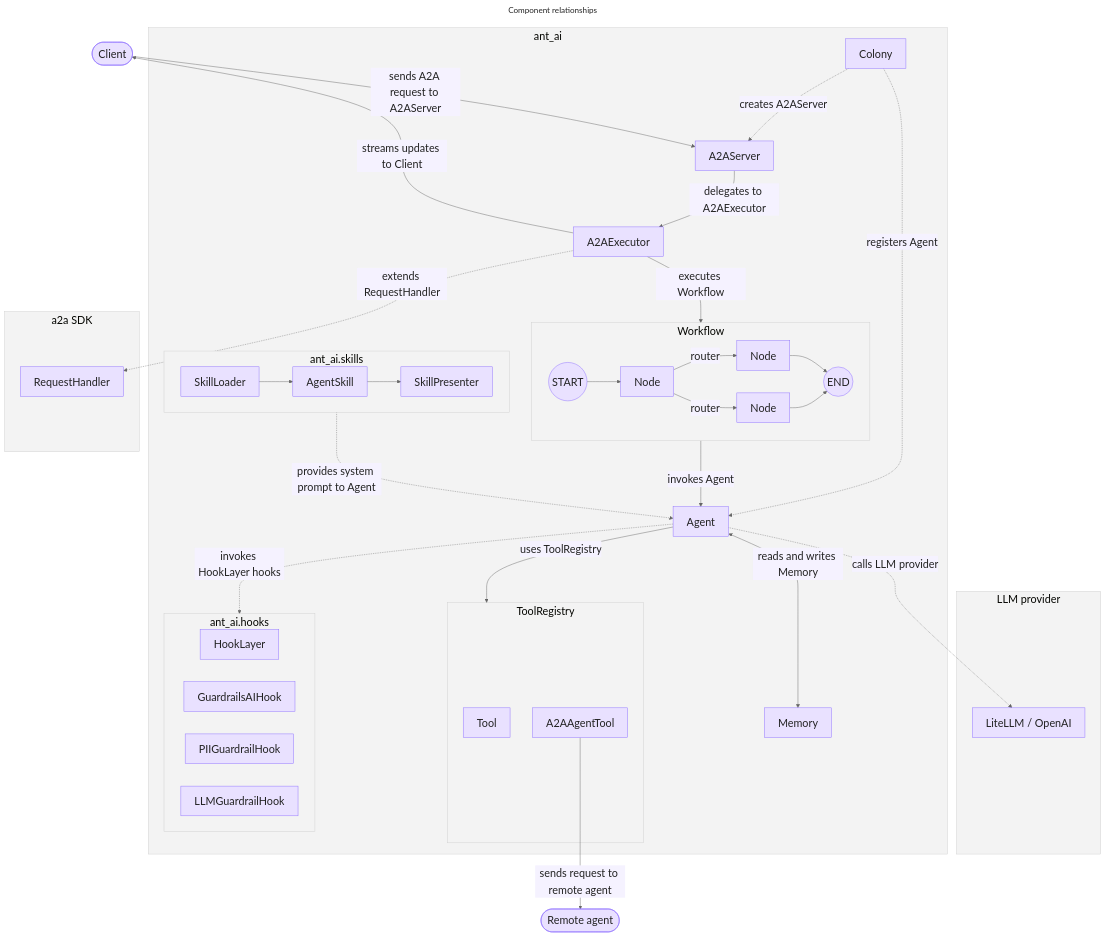
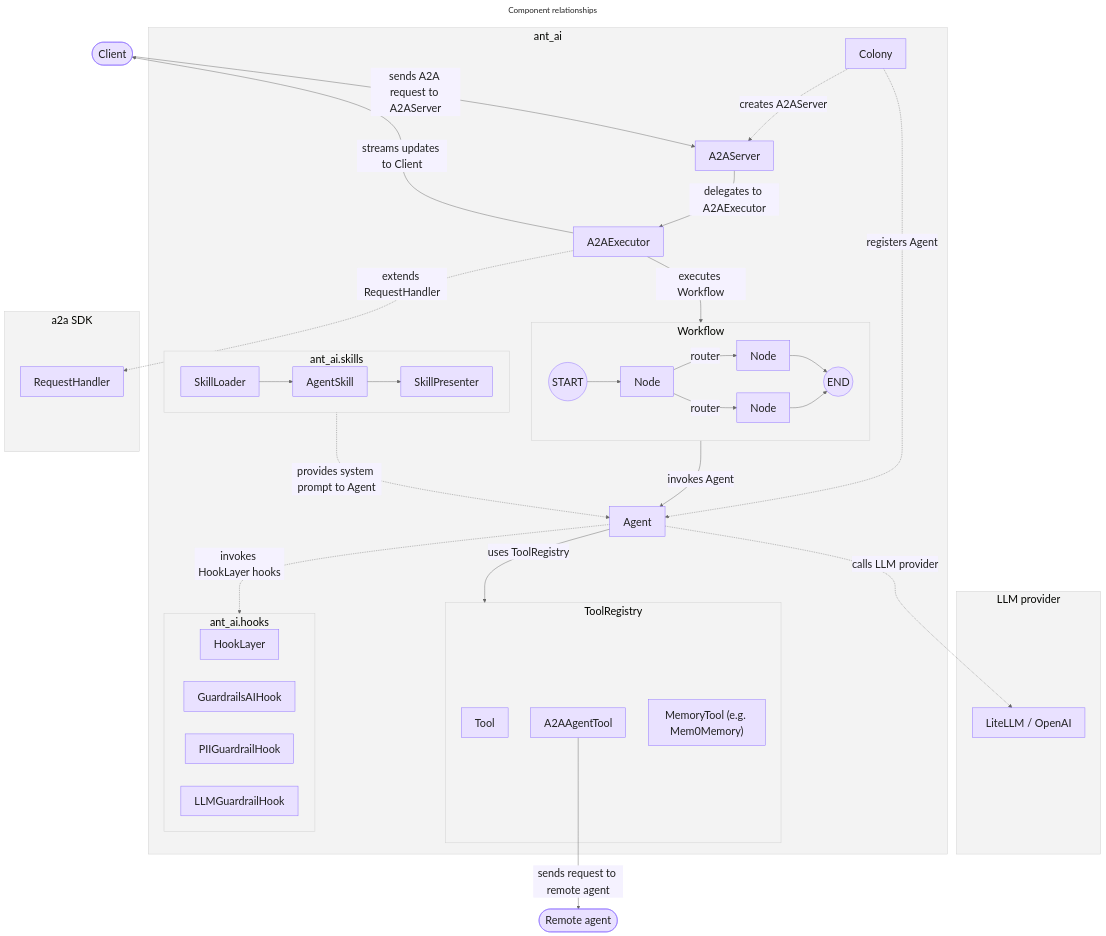
One commit to idea-idsia/ant-ai changed the diagram in docs/docs/architecture/component-relationships.mmd. Above: the diagram before and after it, drawn with Mermaid. The commit also changed 21 other files, not shown here.

First line of the commit message:
feat(memory): expose memory as a callable tool

```diff
--- a/docs/docs/architecture/component-relationships.mmd
+++ b/docs/docs/architecture/component-relationships.mmd
@@ -1,81 +1,80 @@
 ---
 title: Component relationships
 config:
   theme: base
   themeVariables:
     background: '#ffffff'
     primaryColor: '#E9E1FF'
     primaryTextColor: '#222222'
     primaryBorderColor: '#8B6DFF'
     lineColor: '#666666'
     secondaryColor: '#F5F2FF'
     tertiaryColor: '#FBFAFF'
     clusterBkg: '#F3F3F3'
     clusterBorder: '#CFCFCF'
     fontFamily: 'Inter, Arial, sans-serif'
     fontSize: '24px'
 ---
 flowchart TD
     Client([Client])
     Remote([Remote agent])
 
     subgraph ext_llm[LLM provider]
         LLM[LiteLLM / OpenAI]
     end
 
     subgraph hm[ant_ai]
         Colony[Colony]
         A2AS[A2AServer]
         Exec[A2AExecutor]
         Agent[Agent]
-        Memory[Memory]
 
         subgraph reg[ToolRegistry]
             Tool[Tool]
             A2AT[A2AAgentTool]
+            MemT["MemoryTool (e.g. Mem0Memory)"]
         end
 
         subgraph wf[Workflow]
             direction LR
             S((START)) --> N1[Node]
             N1 -->|router| N2[Node]
             N1 -->|router| N3[Node]
             N2 --> E((END))
             N3 --> E
         end
 
         subgraph skills[ant_ai.skills]
             direction LR
             SkillLoader[SkillLoader] --> AgentSkill[AgentSkill]
             AgentSkill --> SkillPresenter[SkillPresenter]
         end
 
         subgraph hooks_sub[ant_ai.hooks]
             HookLayer[HookLayer]
             GuardrailsHook[GuardrailsAIHook]
             PIIHook[PIIGuardrailHook]
             LLMGuardrail[LLMGuardrailHook]
         end
 
         Colony -.->|creates A2AServer| A2AS
         Colony -.->|registers Agent| Agent
 
         A2AS -->|delegates to A2AExecutor| Exec
         Exec -->|executes Workflow| wf
         wf -->|invokes Agent| Agent
 
         Agent -->|uses ToolRegistry| reg
         SkillPresenter -.->|provides system prompt to Agent| Agent
-        Agent <-->|reads and writes Memory| Memory
         Agent -.->|invokes HookLayer hooks| hooks_sub
     end
 
     subgraph ext_a2a[a2a SDK]
         SDK[RequestHandler]
     end
 
     Client -->|sends A2A request to A2AServer| A2AS
     Exec -.->|extends RequestHandler| SDK
     Agent -.->|calls LLM provider| LLM
     A2AT -->|sends request to remote agent| Remote
     Exec -->|streams updates to Client| Client
```
